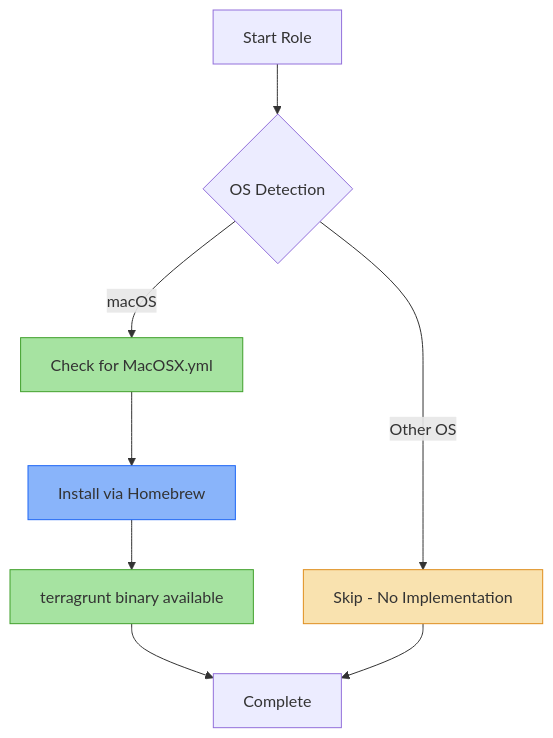
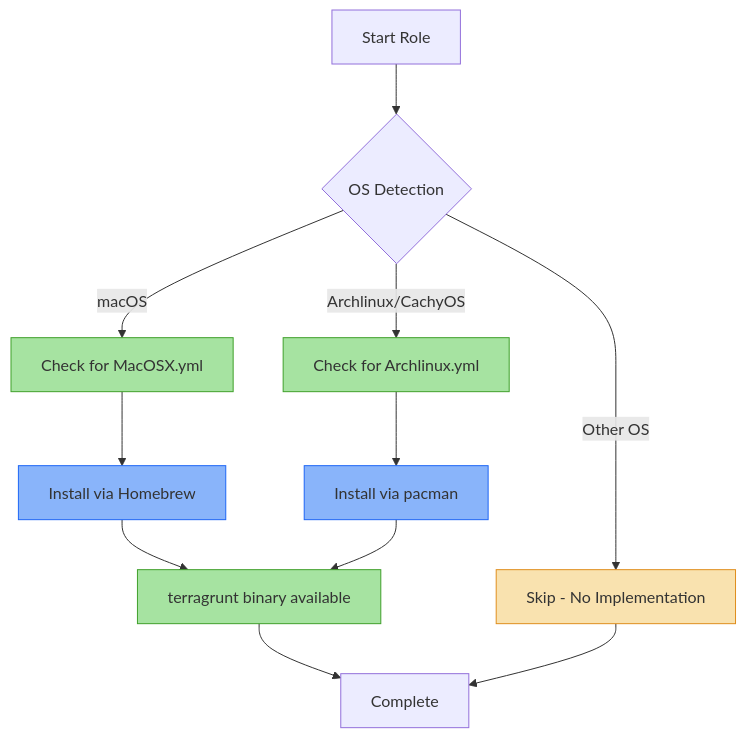
Before and after one commit to uarslandev/infra: the diagram in dotfiles/roles/terragrunt/README.md, drawn with Mermaid. The commit also changed other lines of this file and 127 other files, not shown here.

````diff
--- a/dotfiles/roles/terragrunt/README.md
+++ b/dotfiles/roles/terragrunt/README.md
@@ -51,15 +52,20 @@
 ```mermaid
 graph TD
     A[Start Role] --> B{OS Detection}
     B -->|macOS| C[Check for MacOSX.yml]
-    B -->|Other OS| D[Skip - No Implementation]
-    C --> E[Install via Homebrew]
-    E --> F[terragrunt binary available]
-    F --> G[Complete]
-    D --> G
+    B -->|Archlinux/CachyOS| D[Check for Archlinux.yml]
+    B -->|Other OS| E[Skip - No Implementation]
+    C --> F[Install via Homebrew]
+    D --> G[Install via pacman]
+    F --> H[terragrunt binary available]
+    G --> H
+    H --> I[Complete]
+    E --> I
 
     style C fill:#a6e3a1,stroke:#40a02b
-    style E fill:#89b4fa,stroke:#1e66f5
-    style F fill:#a6e3a1,stroke:#40a02b
-    style D fill:#f9e2af,stroke:#df8e1d
+    style D fill:#a6e3a1,stroke:#40a02b
+    style F fill:#89b4fa,stroke:#1e66f5
+    style G fill:#89b4fa,stroke:#1e66f5
+    style H fill:#a6e3a1,stroke:#40a02b
+    style E fill:#f9e2af,stroke:#df8e1d
 ```
````
